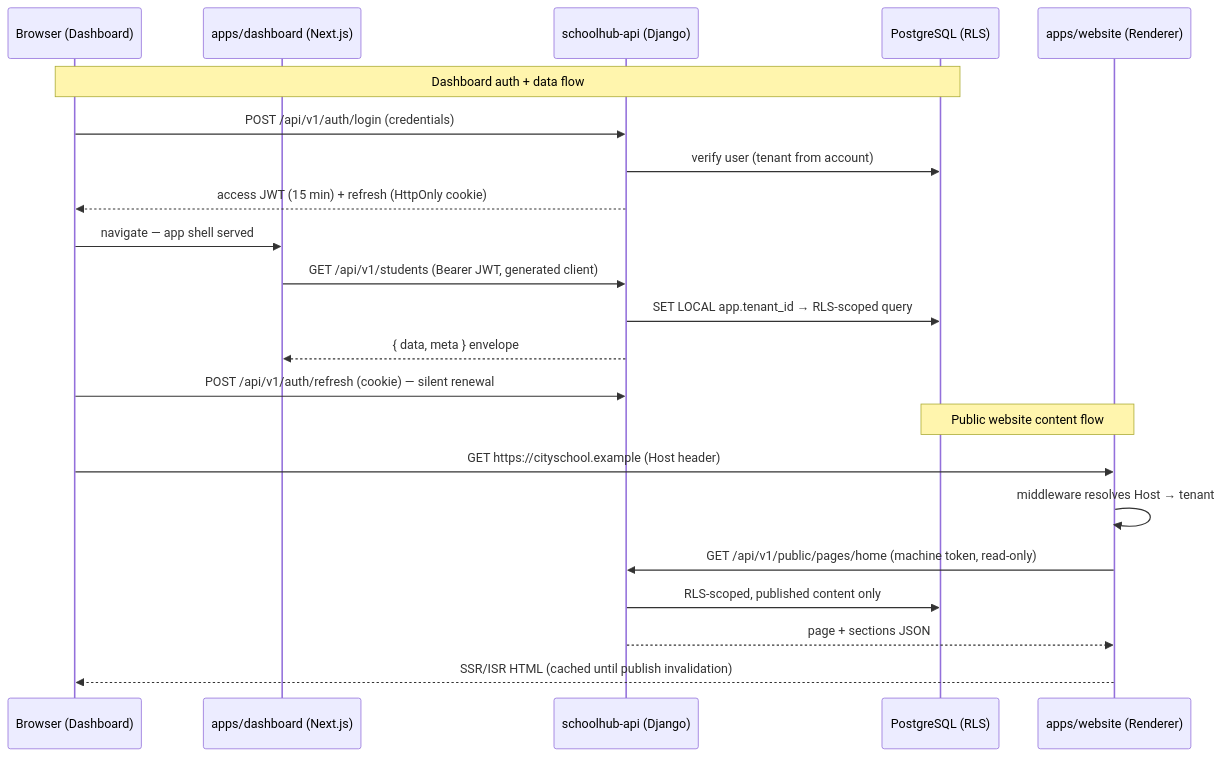
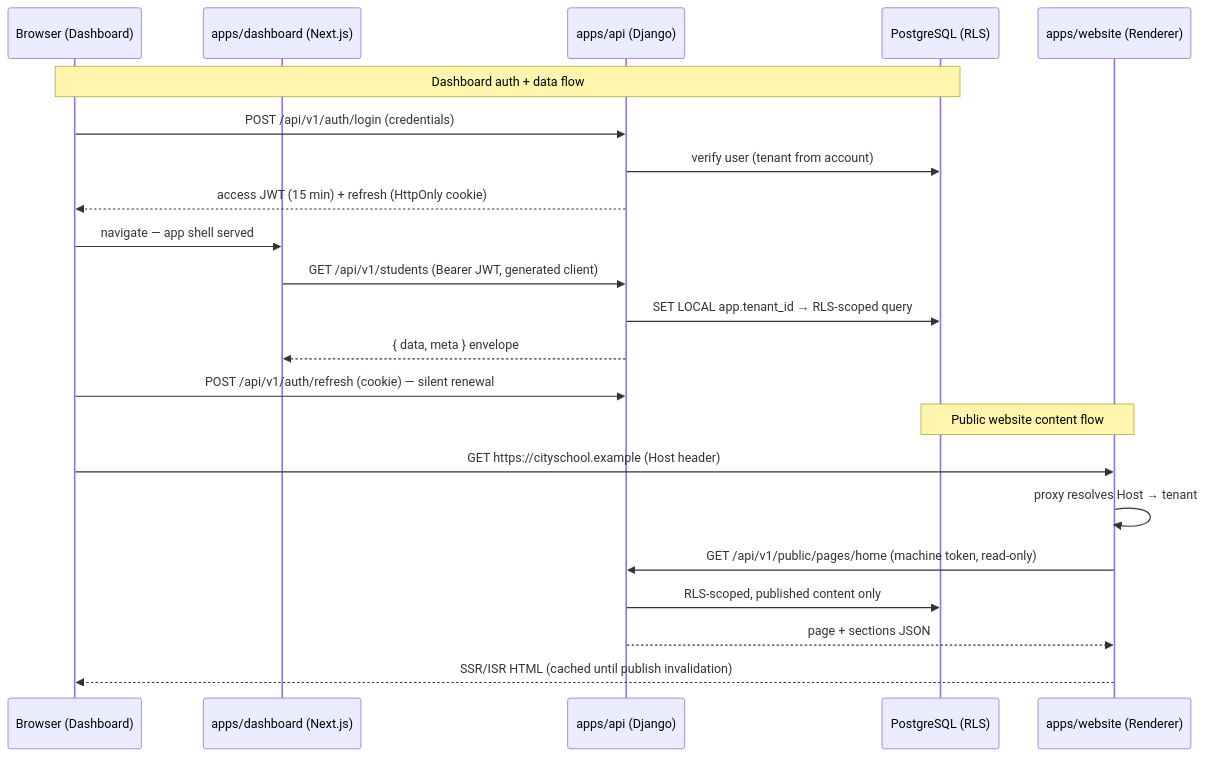
The diagram in docs/02-architecture/repo-structure.md (sameer-sultan41/schoolhub), drawn with Mermaid before and after one commit. The commit also changed other lines of this file and 27 other files, not shown here.

````diff
--- a/docs/02-architecture/repo-structure.md
+++ b/docs/02-architecture/repo-structure.md
@@ -94,26 +124,26 @@
 ```mermaid
 sequenceDiagram
     participant B as Browser (Dashboard)
     participant D as apps/dashboard (Next.js)
-    participant A as schoolhub-api (Django)
+    participant A as apps/api (Django)
     participant P as PostgreSQL (RLS)
     participant W as apps/website (Renderer)
 
     Note over B,P: Dashboard auth + data flow
     B->>A: POST /api/v1/auth/login (credentials)
     A->>P: verify user (tenant from account)
     A-->>B: access JWT (15 min) + refresh (HttpOnly cookie)
     B->>D: navigate — app shell served
     D->>A: GET /api/v1/students (Bearer JWT, generated client)
     A->>P: SET LOCAL app.tenant_id → RLS-scoped query
     A-->>D: { data, meta } envelope
     B->>A: POST /api/v1/auth/refresh (cookie) — silent renewal
 
     Note over W,P: Public website content flow
     B->>W: GET https://cityschool.example (Host header)
-    W->>W: middleware resolves Host → tenant
+    W->>W: proxy resolves Host → tenant
     W->>A: GET /api/v1/public/pages/home (machine token, read-only)
     A->>P: RLS-scoped, published content only
     A-->>W: page + sections JSON
     W-->>B: SSR/ISR HTML (cached until publish invalidation)
 ```
````
